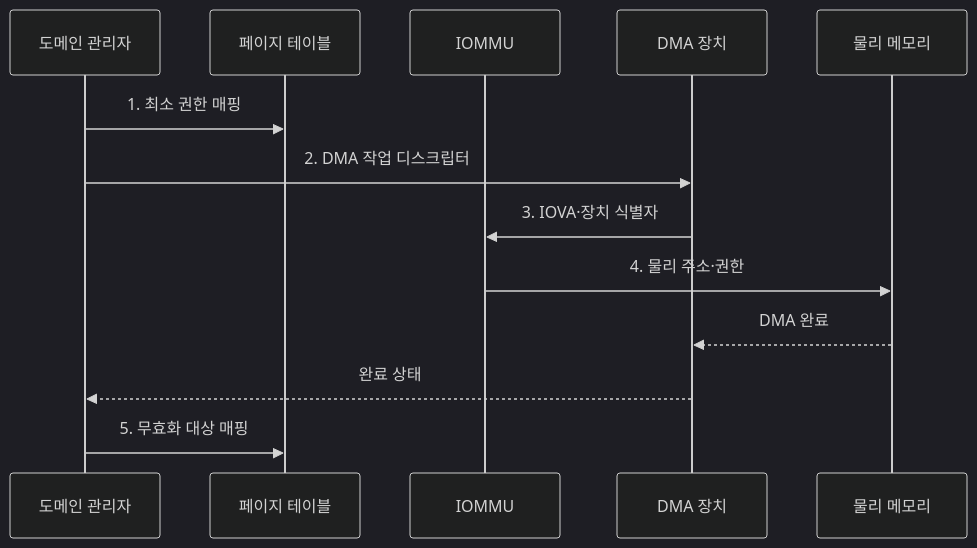
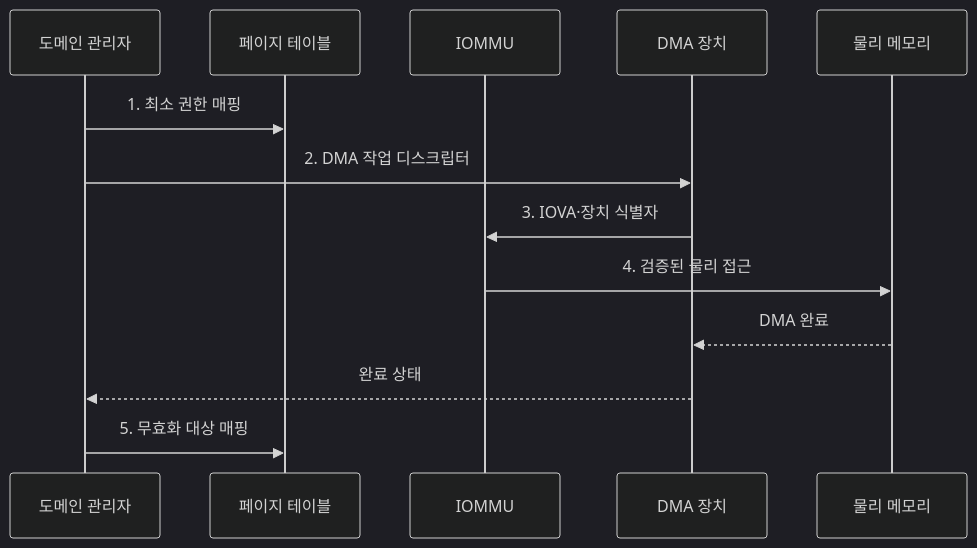
One commit to agnusdei1207/knowledge-base changed the second of 2 diagrams in src/content/docs/notes/02-hardware/086_iommu.md. Above: the diagram before and after it, drawn with Mermaid (dark theme). The commit also changed other lines of this file and 12 other files, not shown here.

````diff
--- a/src/content/docs/notes/02-hardware/086_iommu.md
+++ b/src/content/docs/notes/02-hardware/086_iommu.md
@@ -85,15 +85,15 @@
 ```mermaid
 sequenceDiagram
     participant R as 도메인 관리자
     participant T as 페이지 테이블
     participant I as IOMMU
     participant D as DMA 장치
     participant M as 물리 메모리
     R->>T: 1. 최소 권한 매핑
     R->>D: 2. DMA 작업 디스크립터
     D->>I: 3. IOVA·장치 식별자
-    I->>M: 4. 물리 주소·권한
+    I->>M: 4. 검증된 물리 접근
     M-->>D: DMA 완료
     D-->>R: 완료 상태
     R->>T: 5. 무효화 대상 매핑
 ```
````
